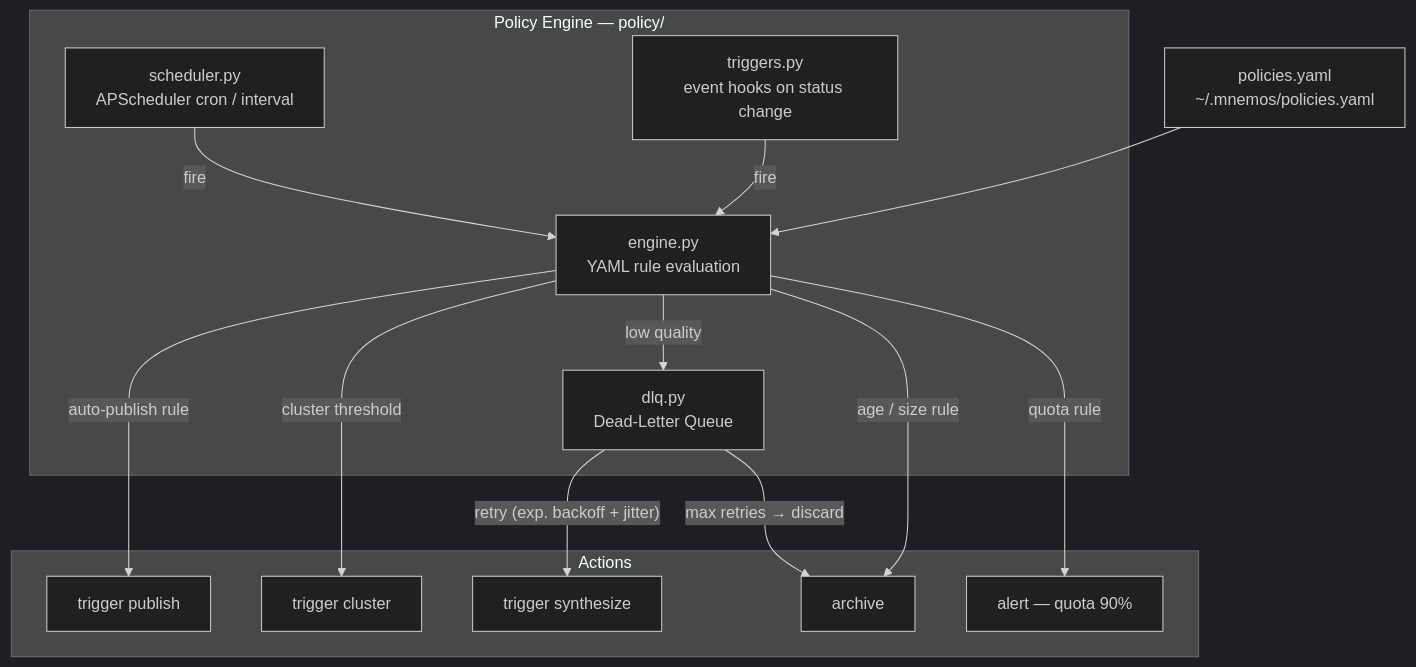
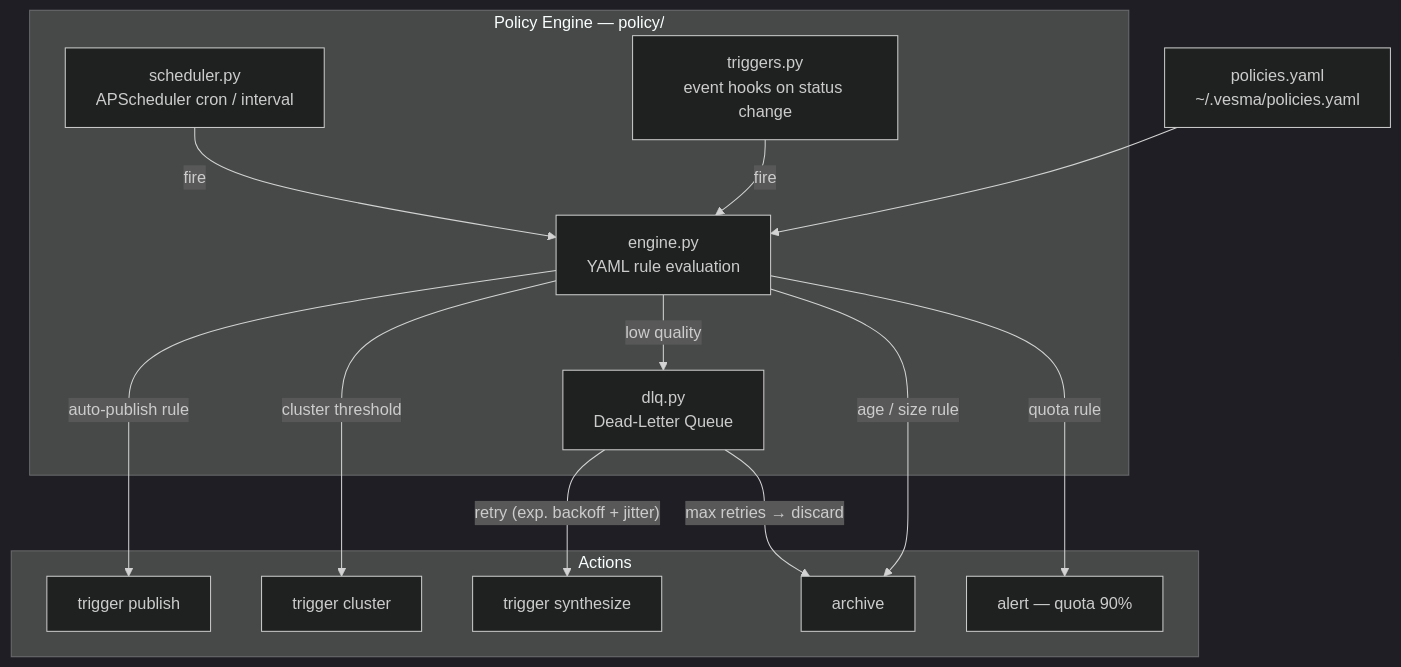
Before and after one commit to vesmaro/vesma: the ninth of 10 diagrams in ARCHITECTURE.md, drawn with Mermaid (dark theme). The commit also changed other lines of this file and 3 other files, not shown here.

First line of the commit message:
docs(project): actualize living architecture/plan docs to the vesma canon

````diff
--- a/ARCHITECTURE.md
+++ b/ARCHITECTURE.md
@@ -667,32 +667,32 @@
 ```mermaid
 flowchart TD
-    YAML["policies.yaml\n~/.mnemos/policies.yaml"]
+    YAML["policies.yaml\n~/.vesma/policies.yaml"]
 
     subgraph PE_B["Policy Engine — policy/"]
         SCH["scheduler.py\nAPScheduler cron / interval"]
         TRIG["triggers.py\nevent hooks on status change"]
         ENG["engine.py\nYAML rule evaluation"]
         DLQ_P["dlq.py\nDead-Letter Queue"]
     end
 
     subgraph ACT["Actions"]
         A1["trigger cluster"]
         A2["trigger synthesize"]
         A3["trigger publish"]
         A4["archive"]
         A5["alert — quota 90%"]
     end
 
     YAML --> ENG
     SCH -->|"fire"| ENG
     TRIG -->|"fire"| ENG
 
     ENG -->|"auto-publish rule"| A3
     ENG -->|"cluster threshold"| A1
     ENG -->|"low quality"| DLQ_P
     ENG -->|"age / size rule"| A4
     ENG -->|"quota rule"| A5
 
     DLQ_P -->|"retry (exp. backoff + jitter)"| A2
     DLQ_P -->|"max retries → discard"| A4
 ```
````
